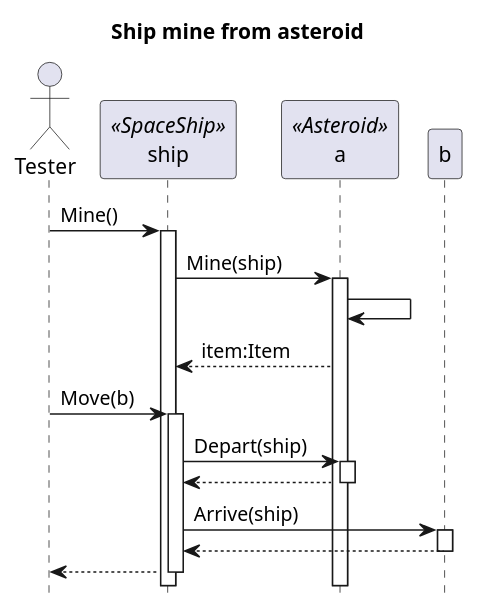
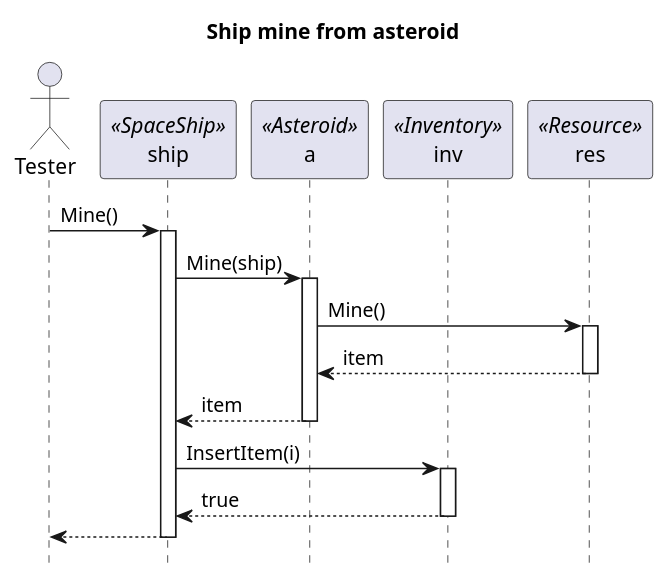
The diagram in docs/Skeleton/diagrams/Mine/Ship-mine.puml (viseguard-studios/Documentation), drawn with PlantUML before and after one commit. The commit also changed 2 other files, not shown here.

```diff
--- a/docs/Skeleton/diagrams/Mine/Ship-mine.puml
+++ b/docs/Skeleton/diagrams/Mine/Ship-mine.puml
@@ -1,35 +1,33 @@
 @startuml
 hide footbox
 title Ship mine from asteroid
 
 
 actor Tester as Tester
 
 
 participant ship as ship <<SpaceShip>>
 
 participant a as a <<Asteroid>>
 
+participant inv as inv<<Inventory>>
+
+participant res as res<<Resource>>
+
 Tester -> ship : Mine()
 activate ship
 
 ship -> a ++: Mine(ship)
 
-a -> a :
+a -> res++ : Mine()
+res --> a--: item
 
-a --> ship: item:Item
-Tester -> ship ++: Move(b)
+a --> ship--: item
 
-ship -> a ++: Depart(ship)
-a --> ship
-deactivate a
-
-ship -> b ++ : Arrive(ship)
-
-b --> ship
-deactivate b
+ship->inv++: InsertItem(i)
+inv --> ship--: true
 
 ship --> Tester
 deactivate ship
 
 @enduml
```
